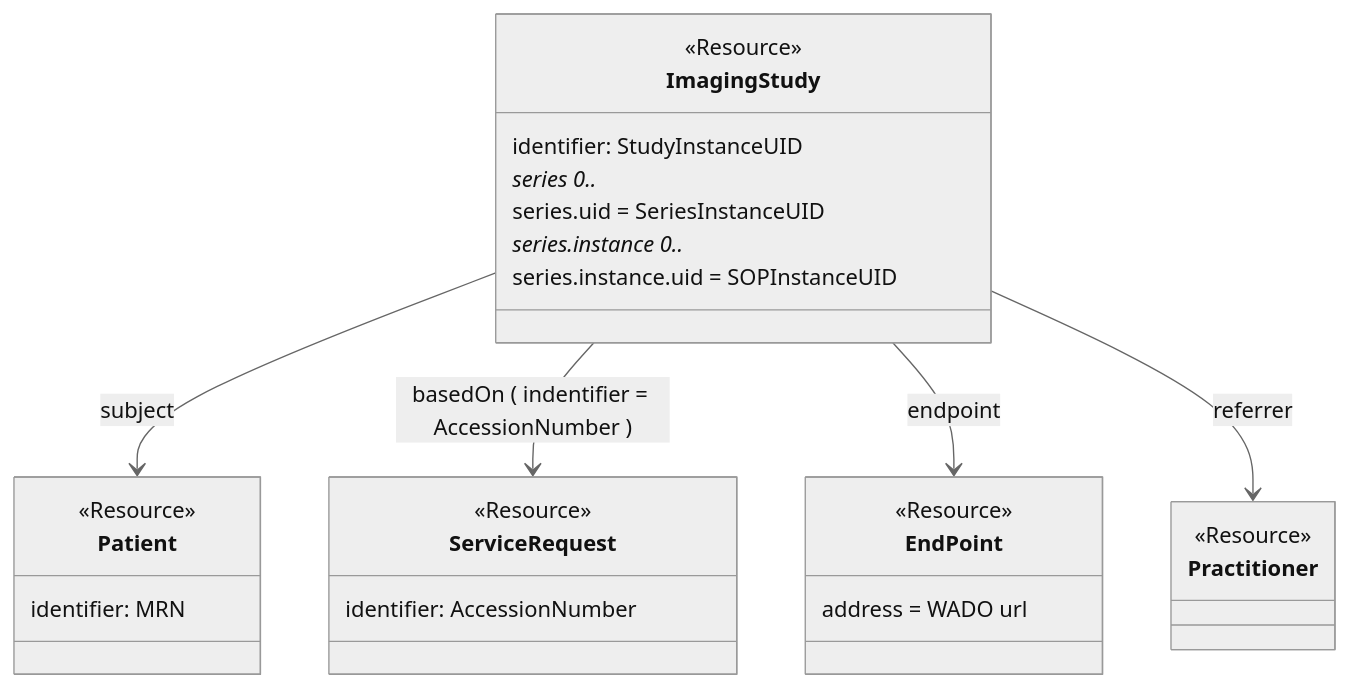
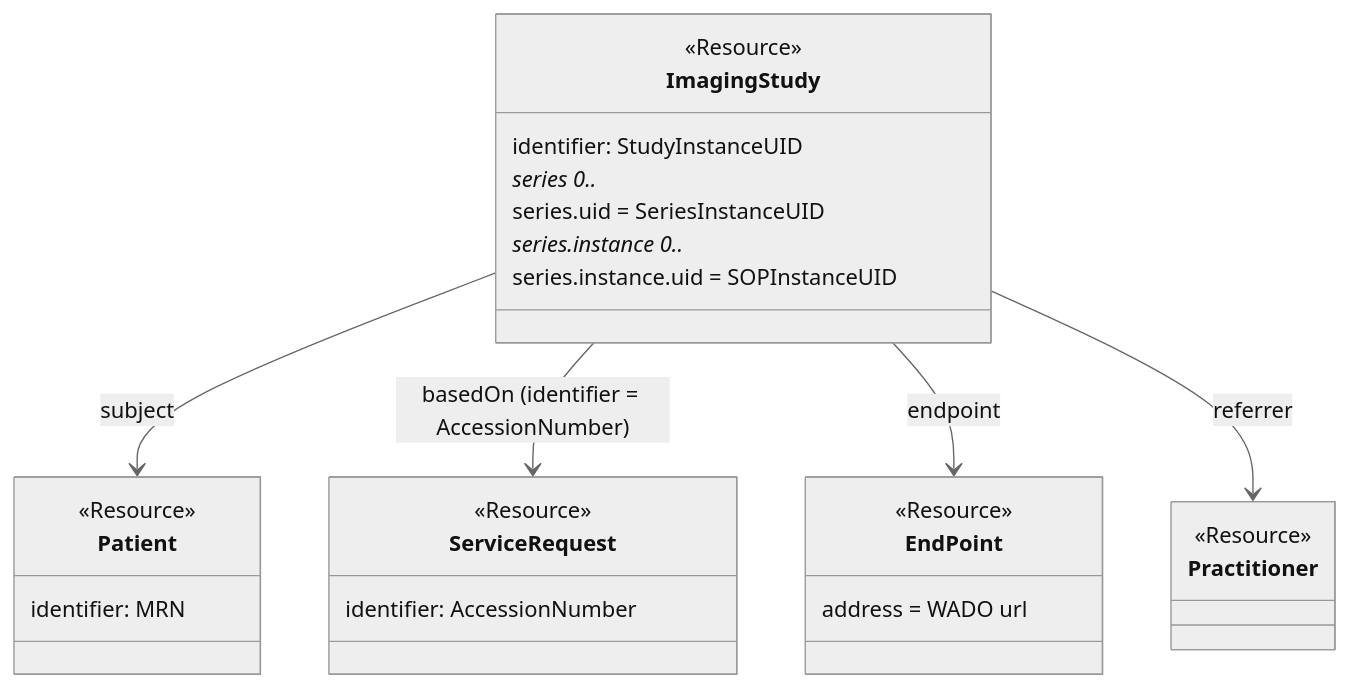
One commit to sync-for-science/imaging changed the fifth of 6 diagrams in infrastructure-and-identifiers-primer.md. Above: the diagram before and after it, drawn with Mermaid (neutral theme). The commit also changed other lines of this file, not shown here.

````diff
--- a/infrastructure-and-identifiers-primer.md
+++ b/infrastructure-and-identifiers-primer.md
@@ -109,32 +106,32 @@
 ```mermaid
 classDiagram
     class ImagingStudy {
         <<Resource>>
         identifier: StudyInstanceUID
         series 0..*
         series.uid = SeriesInstanceUID
         series.instance 0..*
         series.instance.uid = SOPInstanceUID
     }
     class Patient {
         <<Resource>>
         identifier: MRN
     }
     class ServiceRequest {
         <<Resource>>
         identifier: AccessionNumber
     }
     class EndPoint{
         <<Resource>>
         address = WADO url
     }
     class Practitioner{
         <<Resource>>
     }
 
     ImagingStudy --> Patient : subject
-    ImagingStudy --> ServiceRequest: basedOn ( indentifier = AccessionNumber )
+    ImagingStudy --> ServiceRequest: basedOn (identifier = AccessionNumber)
     ImagingStudy --> EndPoint : endpoint
 
     ImagingStudy --> Practitioner : referrer
 ```
````
